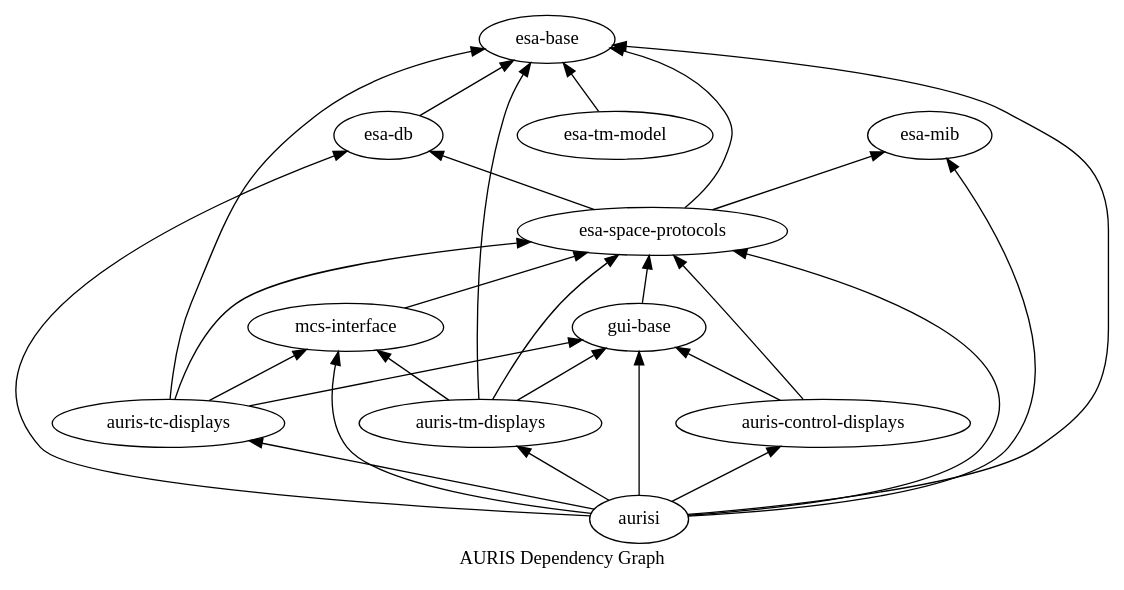
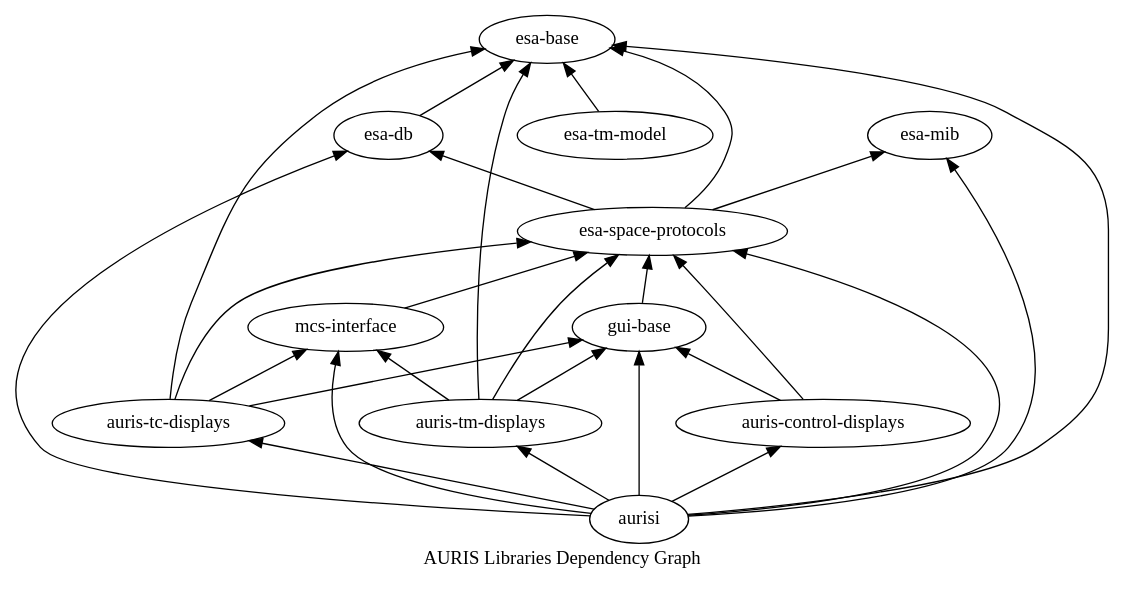
One commit to oswald2/AURIS changed the diagram in figures/dependencies.dot. Above: the diagram before and after it, drawn with Graphviz.

Commit message:
Updated label

```diff
--- a/figures/dependencies.dot
+++ b/figures/dependencies.dot
@@ -1,60 +1,60 @@
 digraph AurisDependencies {
   rankdir="BT";
-  label="AURIS Dependency Graph";
+  label="AURIS Libraries Dependency Graph";
 
   n0 [label="auris-control-displays"];
   n1 [label="aurisi"];
   n2 [label="auris-tc-displays"];
   n3 [label="auris-tm-displays"];
   n4 [label="esa-base"];
   n5 [label="esa-db"];
   n6 [label="esa-mib"];
   n7 [label="esa-space-protocols"];
   n8 [label="esa-tm-model"];
   n9 [label="gui-base"];
   n10 [label="mcs-interface"];
 
   // aurisi
   n1->n0;
   n1->n2;
   n1->n3;
   n1->n7;
   n1->n5;
   n1->n4;
   n1->n6;
   n1->n9;
   n1->n10;
 
   // auris-control-displays
   n0->n7;
   n0->n9;
 
   //auris-tc-displays
   n2->n7;
   n2->n9;
   n2->n10;
   n2->n4;
 
   //auris-tm-displays
   n3->n7;
   n3->n4;
   n3->n9;
   n3->n10;
 
   //esa-db 
   n5->n4;
 
   //esa-space-protocols
   n7->n4;
   n7->n5;
   n7->n6;
 
   //esa-tm-model
   n8->n4;
 
   //gui-base
   n9->n7;
 
   //mcs-interface
   n10->n7;
 }
```
